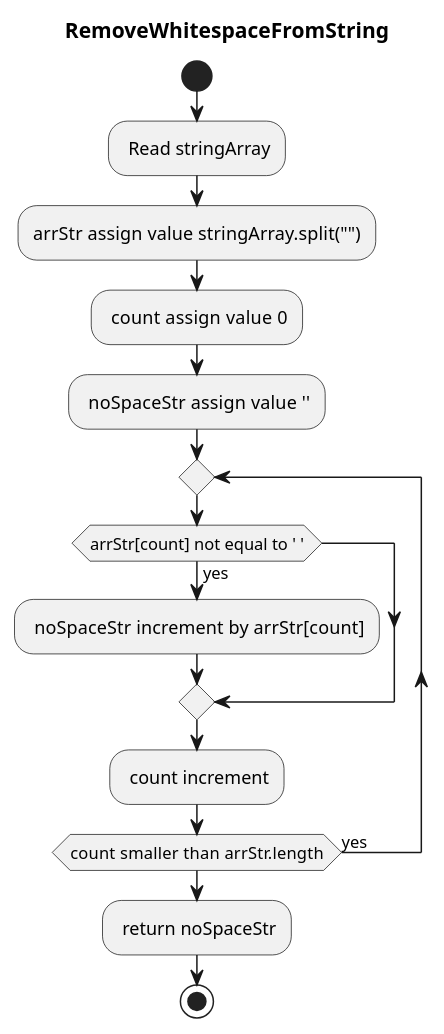
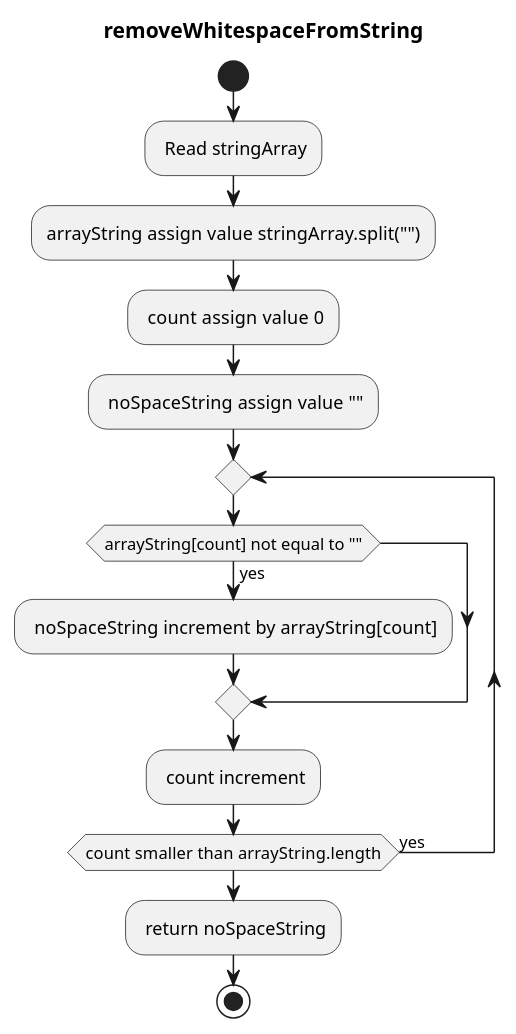
Before and after one commit to codingPhuc/B-i-t-p-nh-p-m-n-l-p-tr-nh: the diagram in diagram/4b.wsd, drawn with PlantUML. The commit also changed 72 other files, not shown here.

```diff
--- a/diagram/4b.wsd
+++ b/diagram/4b.wsd
@@ -1,16 +1,16 @@
 @startuml RemoveWhitespaceFromString
-title RemoveWhitespaceFromString
+title removeWhitespaceFromString
 start
 : Read stringArray;
-:arrStr assign value  stringArray.split("");
+:arrayString assign value  stringArray.split("");
 : count assign value  0;
-: noSpaceStr assign value  ''; 
+: noSpaceString assign value  ""; 
 repeat  
-  if (arrStr[count] not equal to ' ') then (yes)
-    : noSpaceStr increment by  arrStr[count];  
+  if (arrayString[count] not equal to "") then (yes)
+    : noSpaceString increment by  arrayString[count];  
   endif 
   : count increment;
-repeat while (count smaller than  arrStr.length) is (yes)
-: return noSpaceStr; 
+repeat while (count smaller than  arrayString.length) is (yes)
+: return noSpaceString; 
 stop
 @enduml
```
